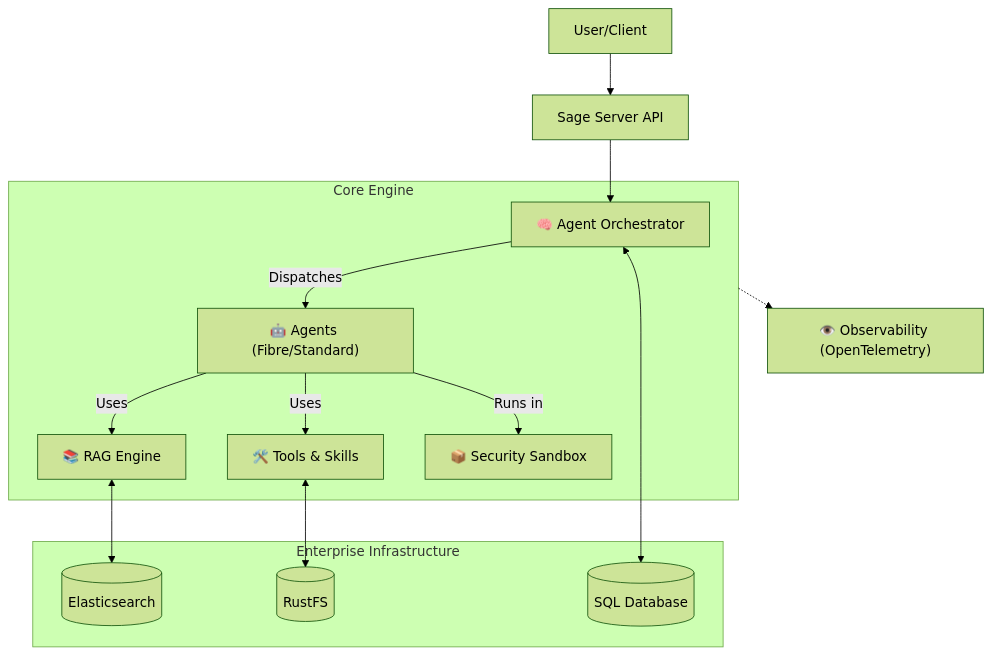
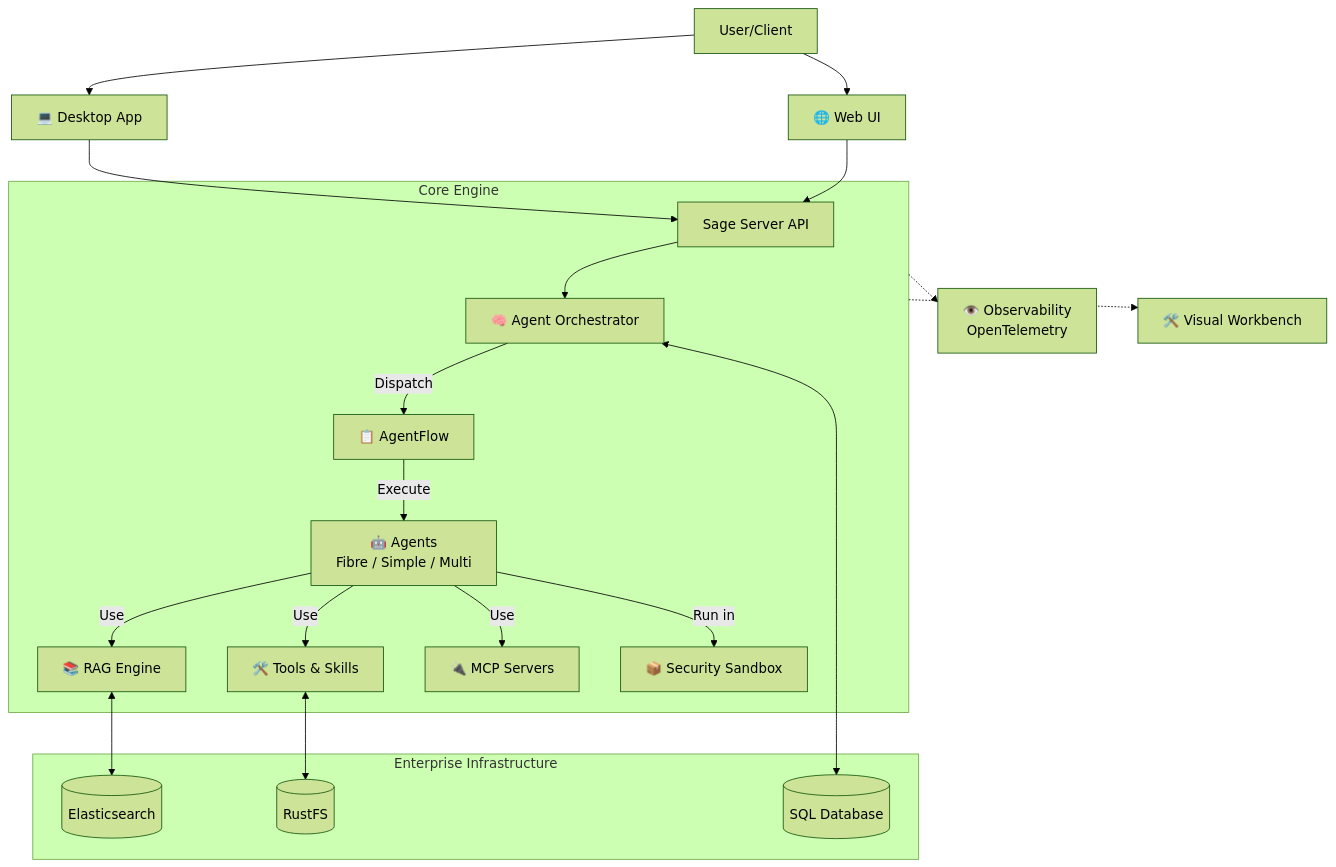
The diagram in README.md (ZHangZHengEric/Sage), drawn with Mermaid (forest theme) before and after one commit. The commit also changed other lines of this file and 46 other files, not shown here.

````diff
--- a/README.md
+++ b/README.md
@@ -78,20 +117,26 @@
 ```mermaid
 graph TD
-    User[User/Client] --> API[Sage Server API]
-    API --> Orch[🧠 Agent Orchestrator]
+    User[User/Client] --> Desktop[💻 Desktop App]
+    User --> Web[🌐 Web UI]
+    Desktop --> API[Sage Server API]
+    Web --> API
     
     subgraph Core[Core Engine]
-        Orch -- "Dispatches" --> Agents["🤖 Agents (Fibre/Standard)"]
-        Agents -- "Uses" --> RAG[📚 RAG Engine]
-        Agents -- "Uses" --> Tools[🛠️ Tools & Skills]
-        Agents -- "Runs in" --> Box[📦 Security Sandbox]
+        API --> Orch[🧠 Agent Orchestrator]
+        Orch -- "Dispatch" --> Flow[📋 AgentFlow]
+        Flow -- "Execute" --> Agents["🤖 Agents<br/>Fibre / Simple / Multi"]
+        Agents -- "Use" --> RAG[📚 RAG Engine]
+        Agents -- "Use" --> Tools[🛠️ Tools & Skills]
+        Agents -- "Use" --> MCP[🔌 MCP Servers]
+        Agents -- "Run in" --> Box[📦 Security Sandbox]
     end
 
     subgraph Infra[Enterprise Infrastructure]
         RAG <--> ES[(Elasticsearch)]
         Tools <--> RustFS[(RustFS)]
         Orch <--> DB[(SQL Database)]
     end
     
-    Core -.-> Obs["👁️ Observability (OpenTelemetry)"]
+    Core -.-> Obs["👁️ Observability<br/>OpenTelemetry"]
+    Core -.-> Workbench["🛠️ Visual Workbench"]
 ```
````
